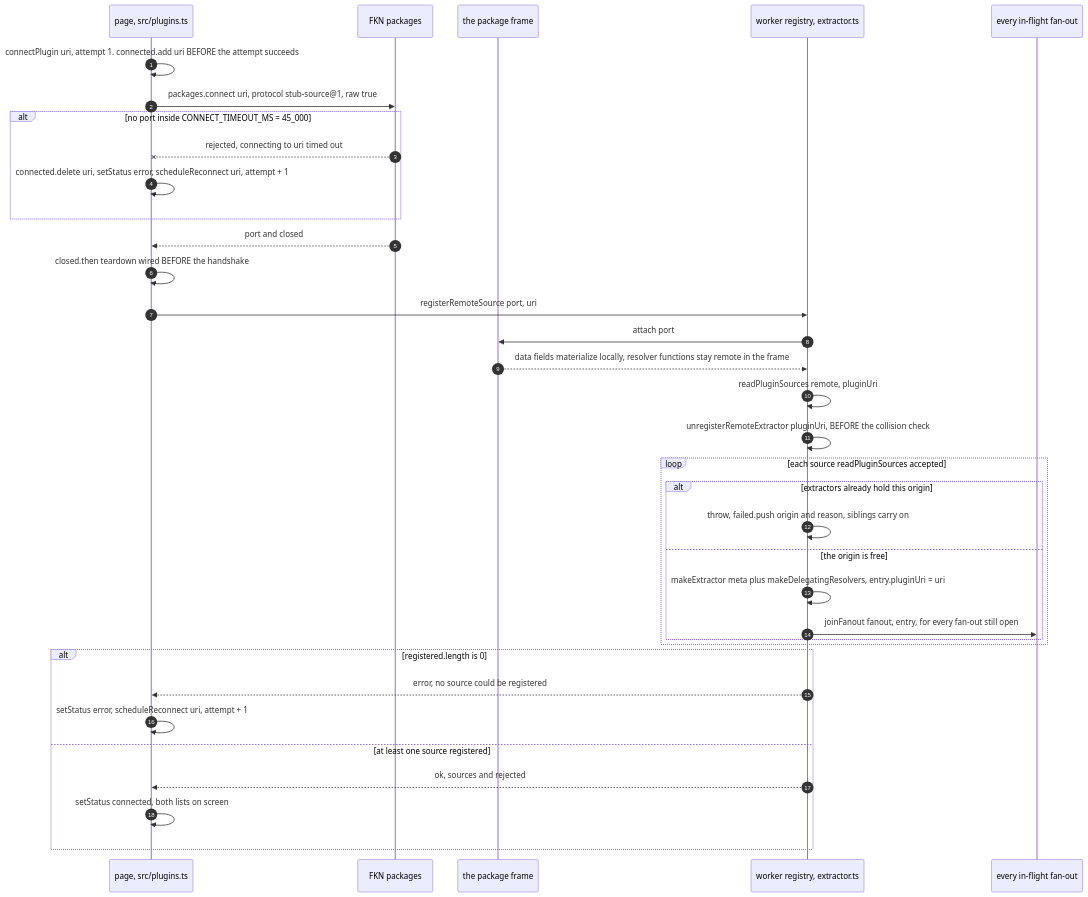
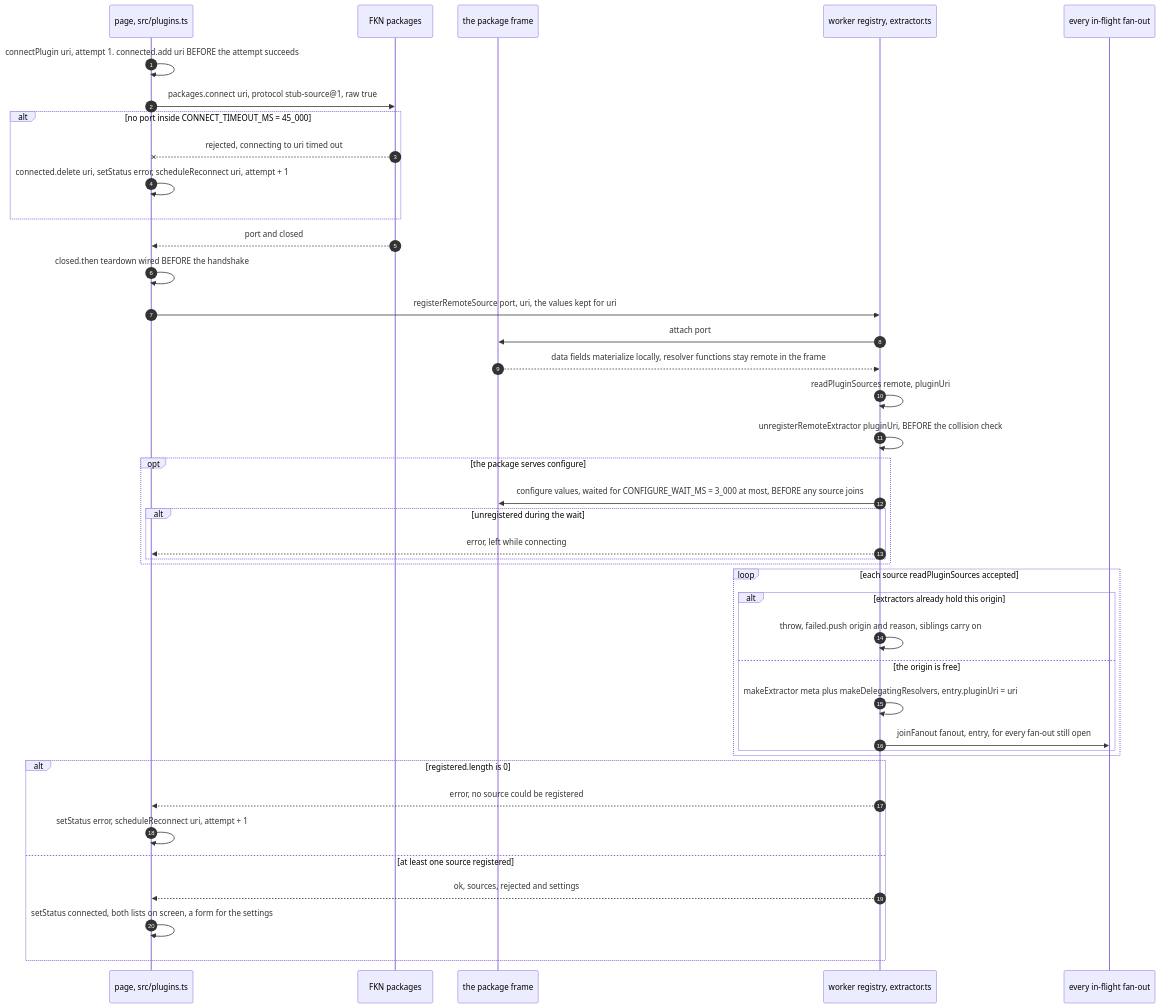
Before and after one commit to banou26/stub: the first of 4 diagrams in docs/src/content/docs/request/plugins.md, drawn with Mermaid. The commit also changed other lines of this file, not shown here.

Commit message:
docs: 📝the connect diagram shows the values and the configure wait

````diff
--- a/docs/src/content/docs/request/plugins.md
+++ b/docs/src/content/docs/request/plugins.md
@@ -30,38 +30,44 @@
 ```mermaid
 sequenceDiagram
   autonumber
   participant P as page, src/plugins.ts
   participant K as FKN packages
   participant FR as the package frame
   participant W as worker registry, extractor.ts
   participant F as every in-flight fan-out
 
   P->>P: connectPlugin uri, attempt 1. connected.add uri BEFORE the attempt succeeds
   P->>K: packages.connect uri, protocol stub-source@1, raw true
   alt no port inside CONNECT_TIMEOUT_MS = 45_000
     K--xP: rejected, connecting to uri timed out
     P->>P: connected.delete uri, setStatus error, scheduleReconnect uri, attempt + 1
   end
   K-->>P: port and closed
   P->>P: closed.then teardown wired BEFORE the handshake
-  P->>W: registerRemoteSource port, uri
+  P->>W: registerRemoteSource port, uri, the values kept for uri
   W->>FR: attach port
   FR-->>W: data fields materialize locally, resolver functions stay remote in the frame
   W->>W: readPluginSources remote, pluginUri
   W->>W: unregisterRemoteExtractor pluginUri, BEFORE the collision check
+  opt the package serves configure
+    W->>FR: configure values, waited for CONFIGURE_WAIT_MS = 3_000 at most, BEFORE any source joins
+    alt unregistered during the wait
+      W-->>P: error, left while connecting
+    end
+  end
   loop each source readPluginSources accepted
     alt extractors already hold this origin
       W->>W: throw, failed.push origin and reason, siblings carry on
     else the origin is free
       W->>W: makeExtractor meta plus makeDelegatingResolvers, entry.pluginUri = uri
       W->>F: joinFanout fanout, entry, for every fan-out still open
     end
   end
   alt registered.length is 0
     W-->>P: error, no source could be registered
     P->>P: setStatus error, scheduleReconnect uri, attempt + 1
   else at least one source registered
-    W-->>P: ok, sources and rejected
-    P->>P: setStatus connected, both lists on screen
+    W-->>P: ok, sources, rejected and settings
+    P->>P: setStatus connected, both lists on screen, a form for the settings
   end
 ```
````
